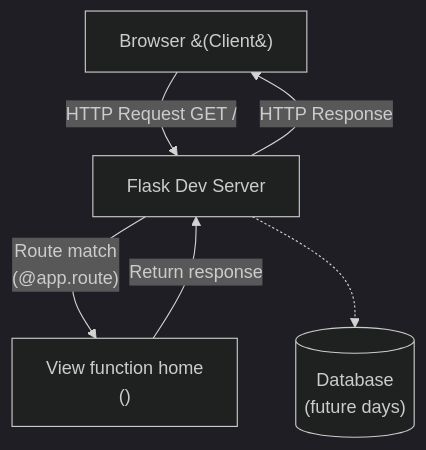
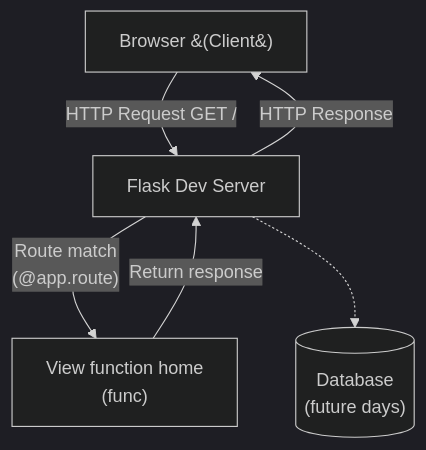
The diagram in daily_logs/day_54.md (Zamir29/100-days-of-Python), drawn with Mermaid (dark theme) before and after one commit.

Commit message:
(day_54): fixed the mermaid flowchart

````diff
--- a/daily_logs/day_54.md
+++ b/daily_logs/day_54.md
@@ -60,8 +60,8 @@
 ```mermaid
 graph TD
     U[Browser &#40;Client&#41;] -->|HTTP Request GET /| S[Flask Dev Server]
-    S -->|Route match<br />#40;@app.route#41;| R[View function home<br />#40;#41;]
+    S -->|Route match<br />#40;@app.route#41;| R[View function home<br />#40;func#41;]
     R -->|Return response| S
     S -->|HTTP Response| U
     S -.-> D[(Database<br />#40;future days#41;)]
 ```
````
